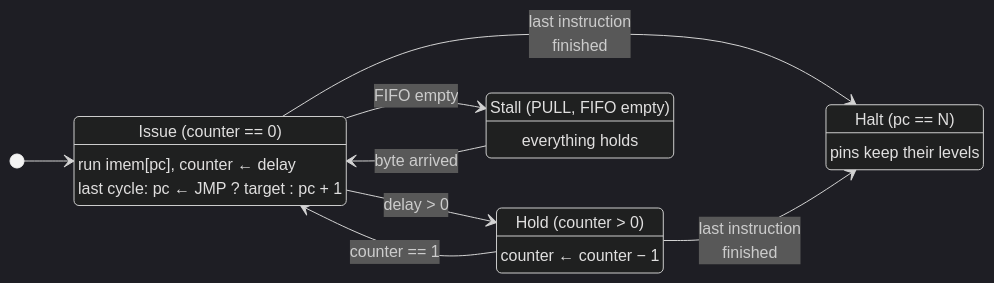
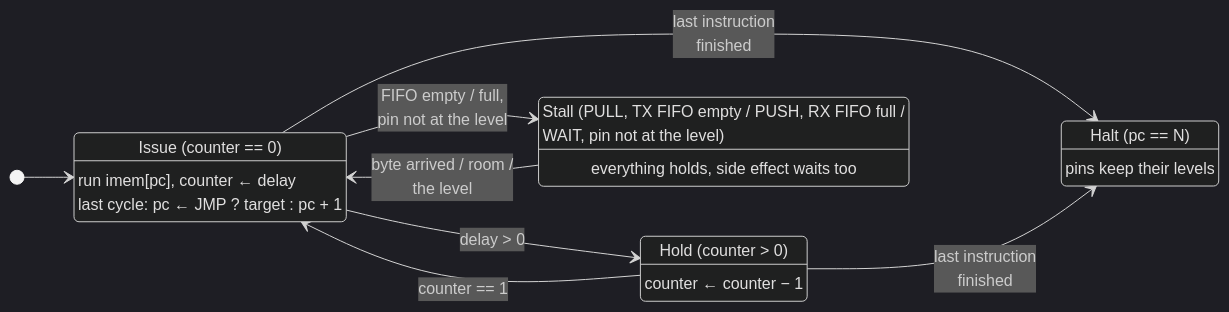
The diagram in docs/states.mmd (cshieldsce/smallcore), drawn with Mermaid (dark theme) before and after one commit. The commit also changed 12 other files, not shown here.

Commit message:
update diagrams for the side effect, config, push and wait

```diff
--- a/docs/states.mmd
+++ b/docs/states.mmd
@@ -1,25 +1,25 @@
 %% What the control block does each cycle. Not a separate state register:
-%% each state is read off counter, pc and fifo_empty.
+%% each state is read off counter, pc, tx_empty, rx_full and gpio_in.
 stateDiagram-v2
   direction LR
   [*] --> Issue
 
   Issue : Issue (counter == 0)
   Issue : run imem[pc], counter ← delay
   Issue : last cycle: pc ← JMP ? target : pc + 1
 
   Hold : Hold (counter > 0)
   Hold : counter ← counter − 1
 
-  Stall : Stall (PULL, FIFO empty)
-  Stall : everything holds
+  Stall : Stall (PULL, TX FIFO empty / PUSH, RX FIFO full /<br/>WAIT, pin not at the level)
+  Stall : everything holds, side effect waits too
 
   Halt : Halt (pc == N)
   Halt : pins keep their levels
 
   Issue --> Hold : delay > 0
   Hold --> Issue : counter == 1
-  Issue --> Stall : FIFO empty
-  Stall --> Issue : byte arrived
+  Issue --> Stall : FIFO empty / full,<br/>pin not at the level
+  Stall --> Issue : byte arrived / room /<br/>the level
   Issue --> Halt : last instruction<br/>finished
   Hold --> Halt : last instruction<br/>finished
```
